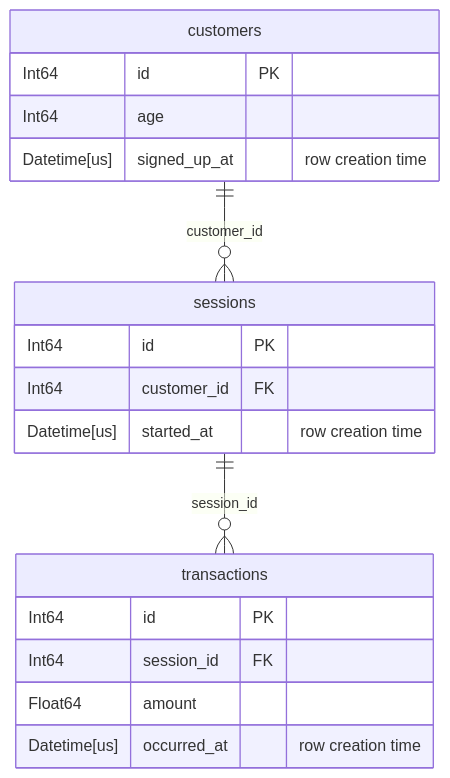
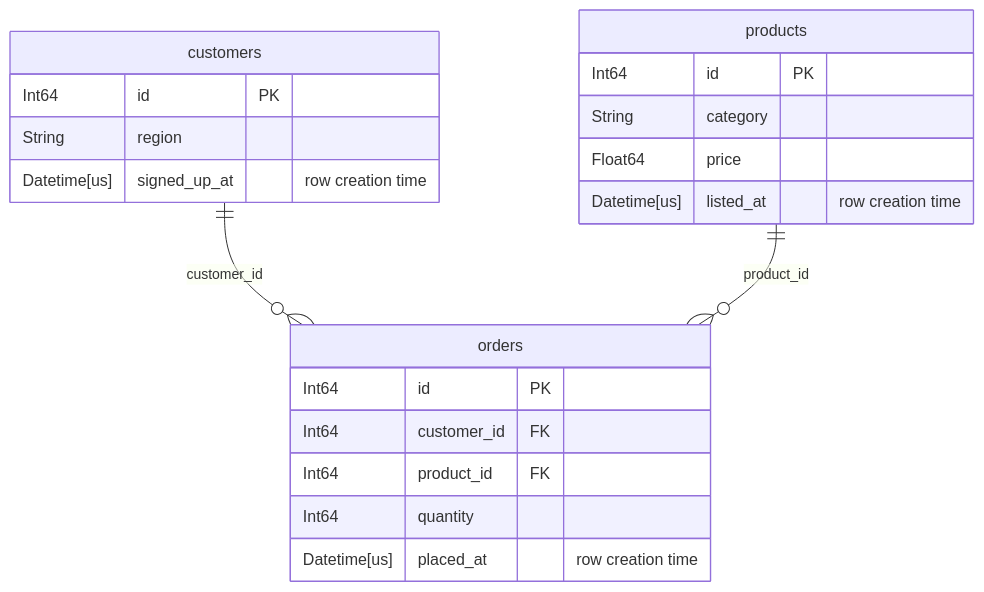
One commit to Excidion/tusk changed the diagram in docs/guide/databases.md. Above: the diagram before and after it, drawn with Mermaid. The commit also changed other lines of this file and 4 other files, not shown here.

First line of the commit message:
docs: use customers/products/orders as the running example

````diff
--- a/docs/guide/databases.md
+++ b/docs/guide/databases.md
@@ -193,21 +194,23 @@
 ```mermaid
 erDiagram
-  "customers" 1 to 0+ "sessions" : "customer_id"
-  "sessions" 1 to 0+ "transactions" : "session_id"
+  "customers" 1 to 0+ "orders" : "customer_id"
+  "products" 1 to 0+ "orders" : "product_id"
   "customers" {
     Int64 id PK
-    Int64 age
+    String region
     Datetime[us] signed_up_at "row creation time"
   }
-  "sessions" {
+  "products" {
+    Int64 id PK
+    String category
+    Float64 price
+    Datetime[us] listed_at "row creation time"
+  }
+  "orders" {
     Int64 id PK
     Int64 customer_id FK
-    Datetime[us] started_at "row creation time"
-  }
-  "transactions" {
-    Int64 id PK
-    Int64 session_id FK
-    Float64 amount
-    Datetime[us] occurred_at "row creation time"
+    Int64 product_id FK
+    Int64 quantity
+    Datetime[us] placed_at "row creation time"
   }
 ```
````
